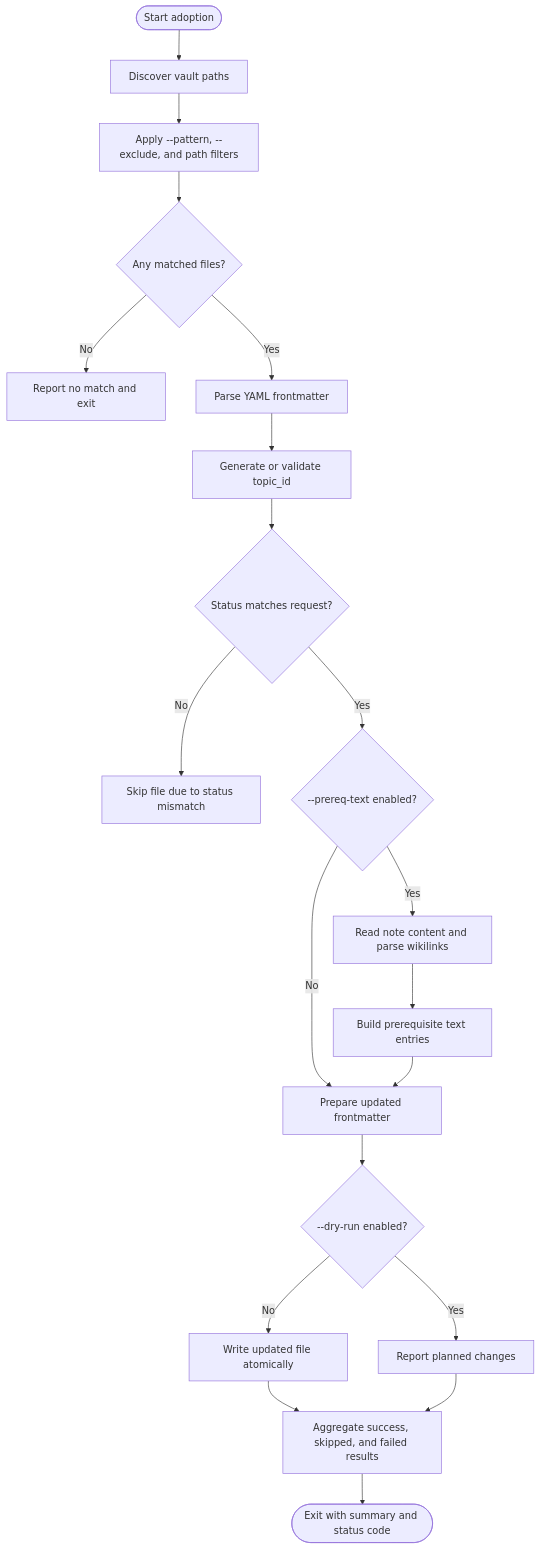
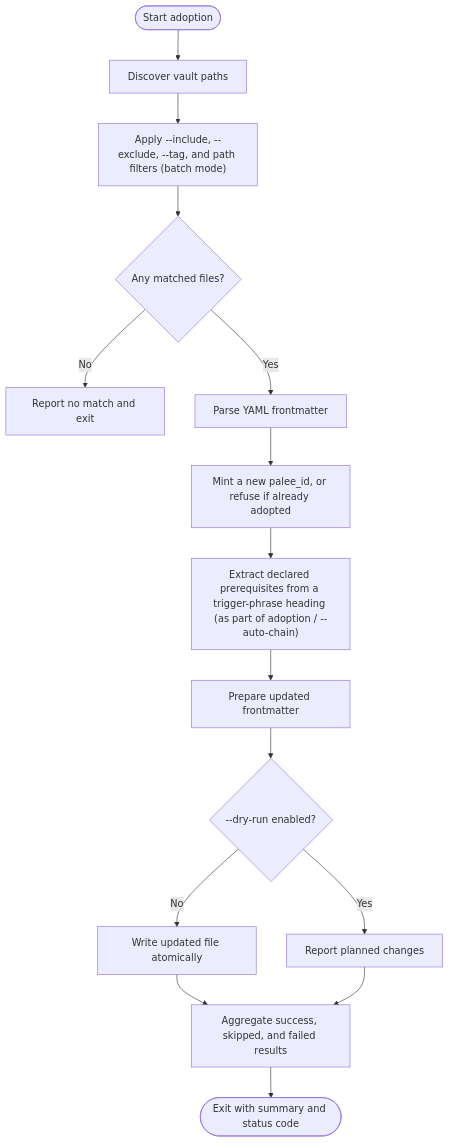
The third of 6 diagrams in User Guide/Topic Management/Adopting Topics/Adopt Commands and Options.md (Kuldeep2822k/palee-architecture), drawn with Mermaid before and after one commit. The commit also changed other lines of this file and 5 other files, not shown here.

````diff
--- a/User Guide/Topic Management/Adopting Topics/Adopt Commands and Options.md
+++ b/User Guide/Topic Management/Adopting Topics/Adopt Commands and Options.md
@@ -114,22 +120,17 @@
 ```mermaid
 flowchart TD
     Start(["Start adoption"]) --> Discover["Discover vault paths"]
-    Discover --> Filter["Apply --pattern, --exclude, and path filters"]
+    Discover --> Filter["Apply --include, --exclude, --tag, and path filters (batch mode)"]
     Filter --> HasFiles{"Any matched files?"}
     HasFiles -->|No| NoMatch["Report no match and exit"]
     HasFiles -->|Yes| Parse["Parse YAML frontmatter"]
-    Parse --> ResolveID["Generate or validate topic_id"]
-    ResolveID --> CheckStatus{"Status matches request?"}
-    CheckStatus -->|No| SkipStatus["Skip file due to status mismatch"]
-    CheckStatus -->|Yes| ExtractPrereqs{"--prereq-text enabled?"}
-    ExtractPrereqs -->|Yes| ReadContent["Read note content and parse wikilinks"]
-    ExtractPrereqs -->|No| PrepareWrite["Prepare updated frontmatter"]
-    ReadContent --> BuildPrereqs["Build prerequisite text entries"]
-    BuildPrereqs --> PrepareWrite
+    Parse --> ResolveID["Mint a new palee_id, or refuse if already adopted"]
+    ResolveID --> ExtractPrereqs["Extract declared prerequisites from a trigger-phrase heading (as part of adoption / --auto-chain)"]
+    ExtractPrereqs --> PrepareWrite["Prepare updated frontmatter"]
     PrepareWrite --> DryRun{"--dry-run enabled?"}
     DryRun -->|Yes| ReportDry["Report planned changes"]
     DryRun -->|No| Write["Write updated file atomically"]
     Write --> Aggregate["Aggregate success, skipped, and failed results"]
     ReportDry --> Aggregate
     Aggregate --> Exit(["Exit with summary and status code"])
 ```
````
